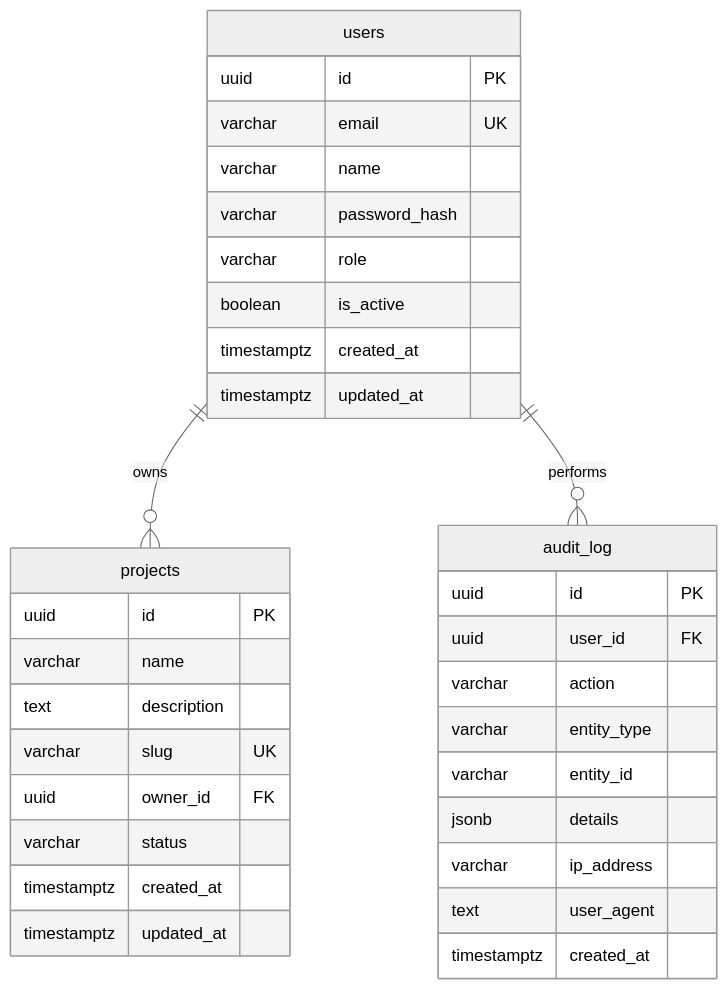
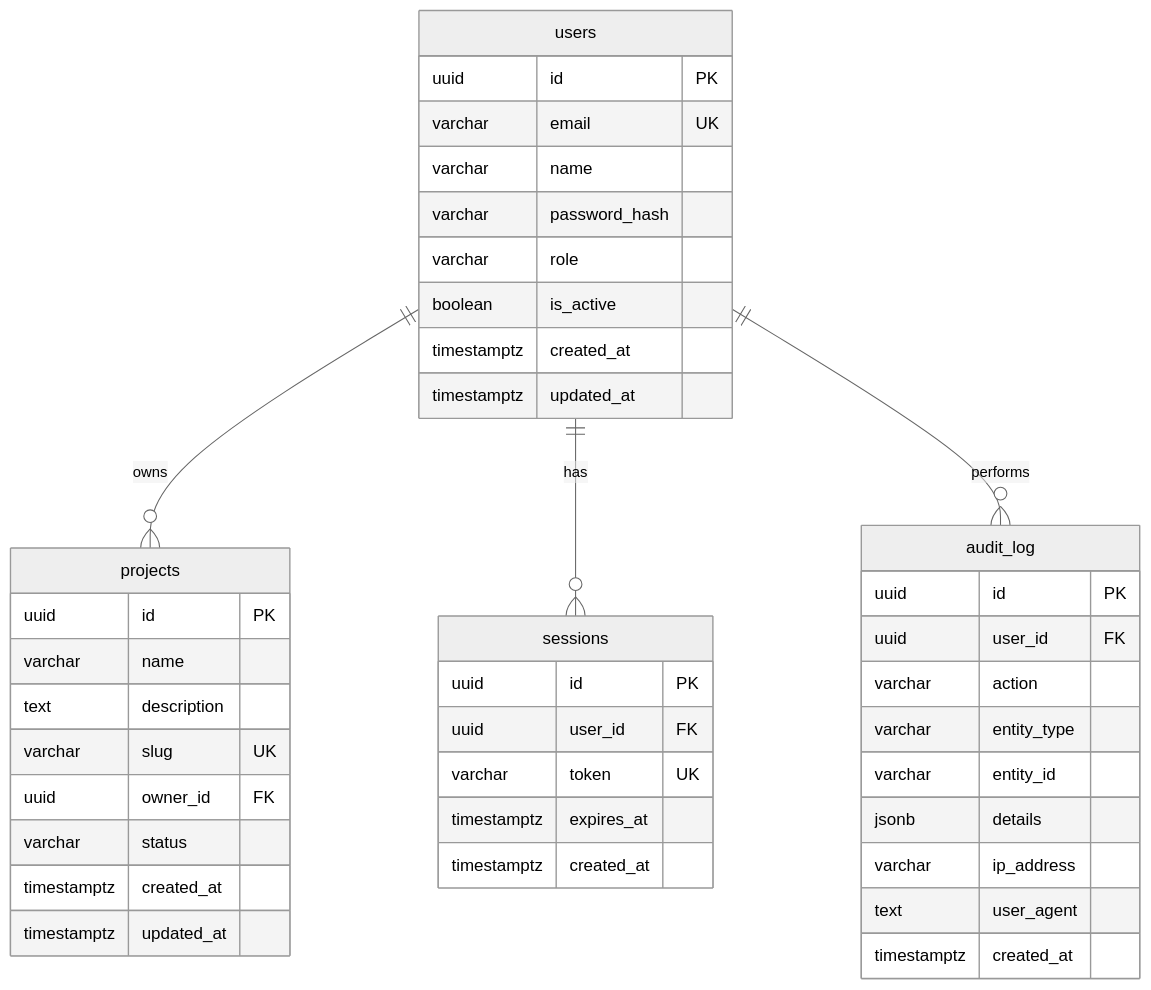
One commit to jbejenar/ripple-next changed the diagram in docs/data-model.md. Above: the diagram before and after it, drawn with Mermaid (neutral theme). The commit also changed other lines of this file and 3 other files, not shown here.

````diff
--- a/docs/data-model.md
+++ b/docs/data-model.md
@@ -5,39 +5,48 @@
 ```mermaid
 erDiagram
     users ||--o{ projects : "owns"
+    users ||--o{ sessions : "has"
     users ||--o{ audit_log : "performs"
 
     users {
         uuid id PK
         varchar email UK
         varchar name
         varchar password_hash
         varchar role
         boolean is_active
         timestamptz created_at
         timestamptz updated_at
+    }
+
+    sessions {
+        uuid id PK
+        uuid user_id FK
+        varchar token UK
+        timestamptz expires_at
+        timestamptz created_at
     }
 
     projects {
         uuid id PK
         varchar name
         text description
         varchar slug UK
         uuid owner_id FK
         varchar status
         timestamptz created_at
         timestamptz updated_at
     }
 
     audit_log {
         uuid id PK
         uuid user_id FK
         varchar action
         varchar entity_type
         varchar entity_id
         jsonb details
         varchar ip_address
         text user_agent
         timestamptz created_at
     }
 ```
````
